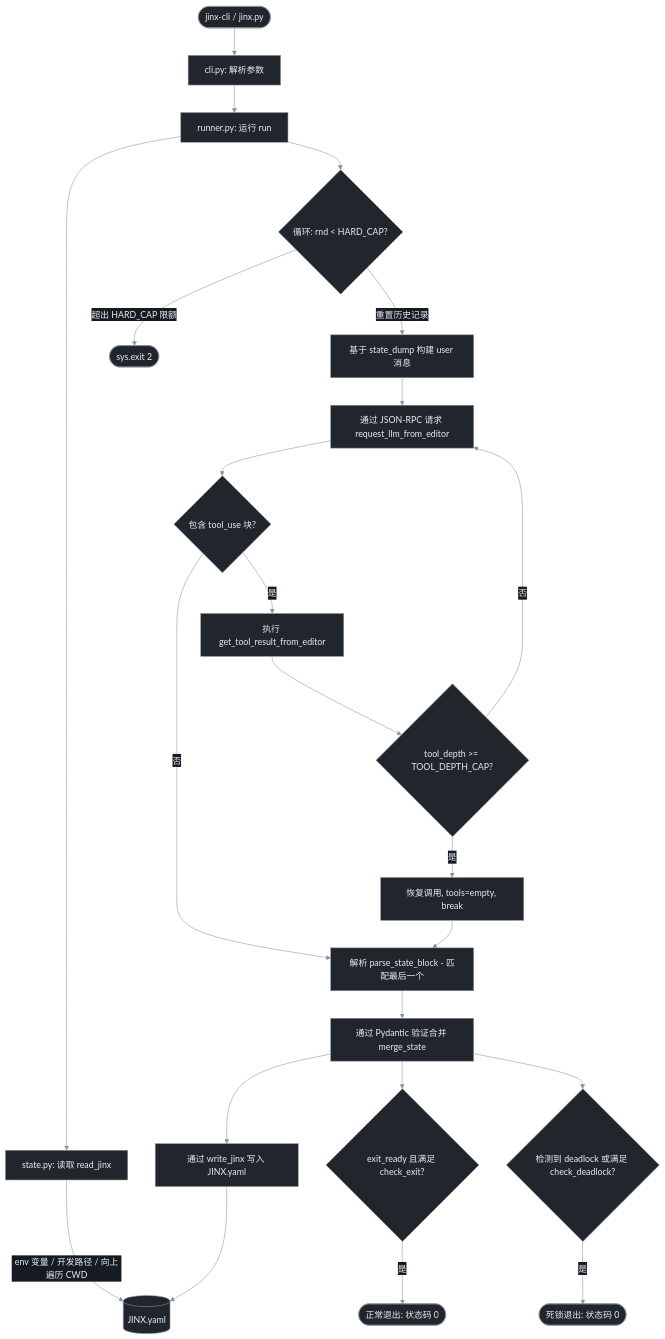
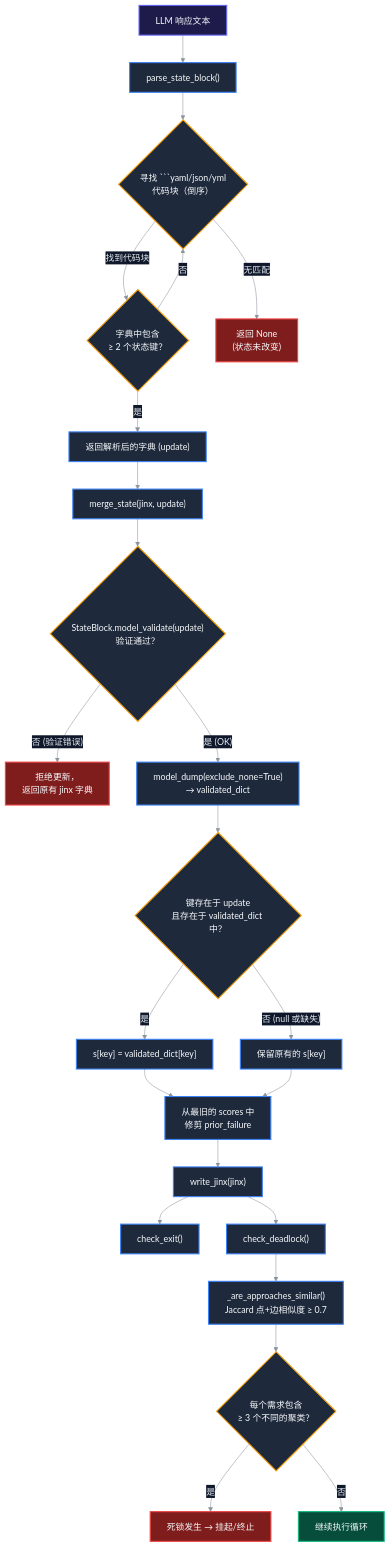
One commit to machinegpt/agent changed the third of 5 diagrams in README_ZH.md. Above: the diagram before and after it, drawn with Mermaid. The commit also changed other lines of this file and 9 other files, not shown here.

````diff
--- a/README_ZH.md
+++ b/README_ZH.md
@@ -226,26 +226,34 @@
 ```mermaid
-%%{init: {'theme': 'base', 'themeVariables': {"darkMode": true, "background": "#0d1117", "primaryColor": "#21262d", "primaryTextColor": "#e6edf3", "primaryBorderColor": "#8b949e", "lineColor": "#8b949e", "textColor": "#e6edf3", "edgeLabelBackground": "#161b22", "actorBkg": "#21262d", "actorBorder": "#8b949e", "actorTextColor": "#e6edf3", "actorLineColor": "#8b949e", "signalColor": "#8b949e", "signalTextColor": "#e6edf3", "noteBkgColor": "#373320", "noteBorderColor": "#d4a72c", "noteTextColor": "#f0e6c0", "labelBoxBkgColor": "#21262d", "labelBoxBorderColor": "#8b949e", "labelTextColor": "#e6edf3", "loopTextColor": "#e6edf3", "activationBkgColor": "#30363d", "activationBorderColor": "#8b949e"}}}%%
+%%{init: {'theme': 'base', 'themeVariables': {"darkMode": true, "primaryColor": "#1e293b", "primaryTextColor": "#e6edf3", "primaryBorderColor": "#3b82f6", "lineColor": "#8b949e", "textColor": "#e6edf3", "edgeLabelBackground": "#0f172a"}}}%%
 flowchart TD
-    A([jinx-cli / jinx.py]) --> B[cli.py: 解析参数]
-    B --> C[runner.py: 运行 run]
-    C --> D[state.py: 读取 read_jinx]
-    D -->|env 变量 / 开发路径 / 向上遍历 CWD| E[(JINX.yaml)]
-    C --> F{循环: rnd < HARD_CAP?}
-    F -->|重置历史记录| G[基于 state_dump 构建 user 消息]
-    G --> H[通过 JSON-RPC 请求 request_llm_from_editor]
-    H --> I{包含 tool_use 块?}
-    I -->|是| J[执行 get_tool_result_from_editor]
-    J --> K{tool_depth >= TOOL_DEPTH_CAP?}
-    K -->|是| L[恢复调用, tools=empty, break]
-    K -->|否| H
-    I -->|否| M[解析 parse_state_block - 匹配最后一个]
-    L --> M
-    M --> N[通过 Pydantic 验证合并 merge_state]
-    N --> O[通过 write_jinx 写入 JINX.yaml]
-    O --> E
-    N --> P{exit_ready 且满足 check_exit?}
-    P -->|是| Q([正常退出: 状态码 0])
-    N --> S{检测到 deadlock 或满足 check_deadlock?}
-    S -->|是| T([死锁退出: 状态码 0])
-    F -->|超出 HARD_CAP 限额| U([sys.exit 2])
+    classDef start fill:#1e1b4b,stroke:#6366f1,stroke-width:2px,color:#f8fafc;
+    classDef process fill:#1e293b,stroke:#3b82f6,stroke-width:2px,color:#f8fafc;
+    classDef decision fill:#1e293b,stroke:#f59e0b,stroke-width:2px,color:#f8fafc;
+    classDef success fill:#064e3b,stroke:#10b981,stroke-width:2px,color:#f8fafc;
+    classDef danger fill:#7f1d1d,stroke:#ef4444,stroke-width:2px,color:#f8fafc;
+
+    A["LLM 响应文本"]:::start --> B["parse_state_block()"]:::process
+    B --> C{"寻找 ```yaml/json/yml<br/>代码块（倒序）"}:::decision
+    C -->|"找到代码块"| D{"字典中包含<br/>≥ 2 个状态键？"}:::decision
+    D -->|"是"| E["返回解析后的字典 (update)"]:::process
+    D -->|"否"| C
+    C -->|"无匹配"| F["返回 None<br/>(状态未改变)"]:::danger
+
+    E --> G["merge_state(jinx, update)"]:::process
+    G --> H{"StateBlock.model_validate(update)<br/>验证通过？"}:::decision
+    H -->|"否 (验证错误)"| I["拒绝更新，<br/>返回原有 jinx 字典"]:::danger
+    H -->|"是 (OK)"| J["model_dump(exclude_none=True)<br/>→ validated_dict"]:::process
+    J --> K{"键存在于 update<br/>且存在于 validated_dict 中？"}:::decision
+    K -->|"是"| L["s[key] = validated_dict[key]"]:::process
+    K -->|"否 (null 或缺失)"| M["保留原有的 s[key]"]:::process
+    L --> N["从最旧的 scores 中<br/>修剪 prior_failure"]:::process
+    M --> N
+    N --> O["write_jinx(jinx)"]:::process
+
+    O --> P["check_exit()"]:::process
+    O --> Q["check_deadlock()"]:::process
+    Q --> R["_are_approaches_similar()<br/>Jaccard 点+边相似度 ≥ 0.7"]:::process
+    R --> S{"每个需求包含<br/>≥ 3 个不同的聚类？"}:::decision
+    S -->|"是"| T["死锁发生 → 挂起/终止"]:::danger
+    S -->|"否"| U["继续执行循环"]:::success
 ```
````
